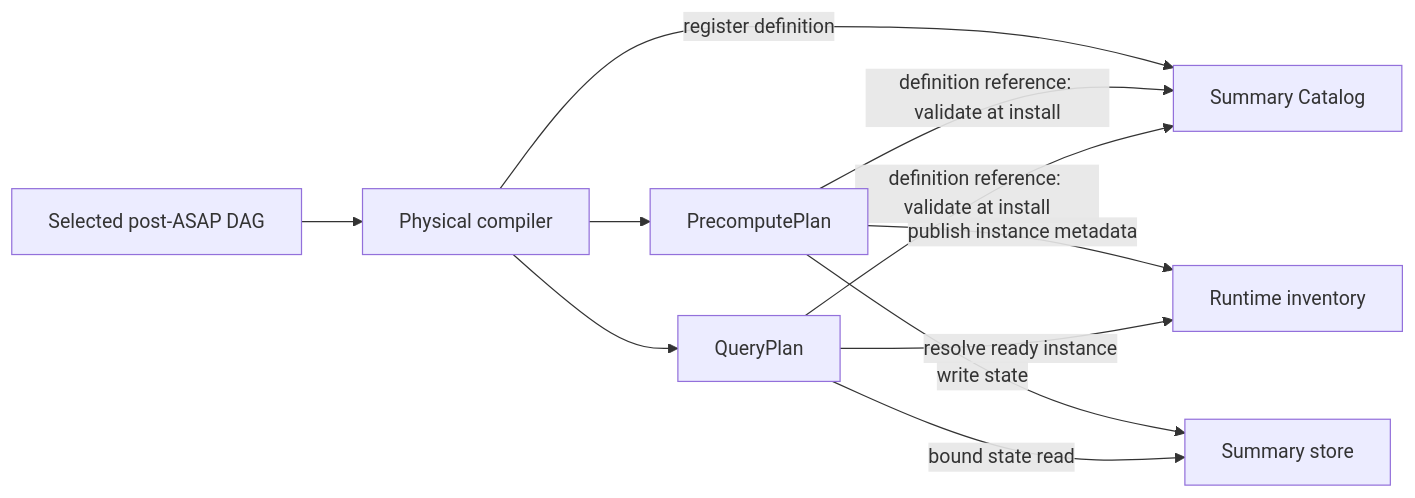
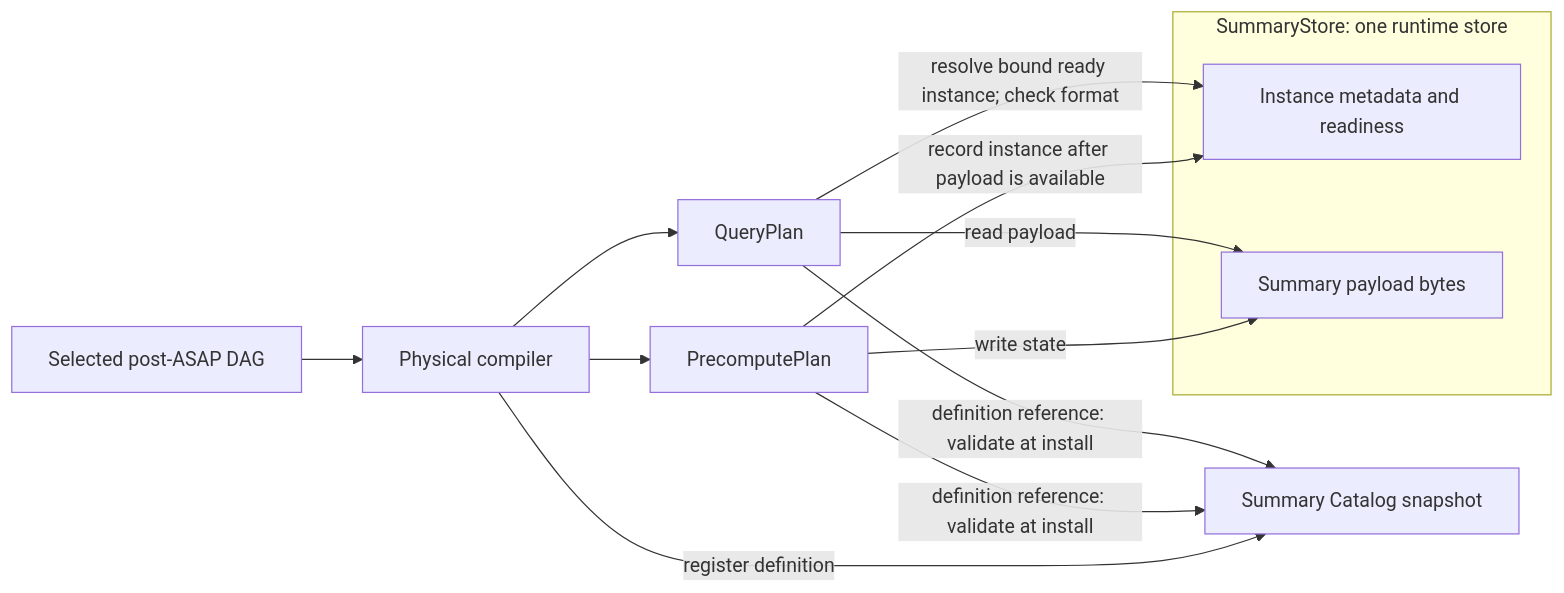
The diagram in docs/design_docs/asapplanner-integration.md (ProjectASAP/ASAPQuery-backend), drawn with Mermaid before and after one commit. The commit also changed other lines of this file and 2 other files, not shown here.

Commit message:
docs: model one runtime summary store for DAG bindings

````diff
--- a/docs/design_docs/asapplanner-integration.md
+++ b/docs/design_docs/asapplanner-integration.md
@@ -48,13 +48,17 @@
 ```mermaid
 flowchart LR
   D[Selected post-ASAP DAG] --> C[Physical compiler]
   C --> P[PrecomputePlan]
-  C -->|register definition| S[Summary Catalog]
+  C -->|register definition| S[Summary Catalog snapshot]
   C --> Q[QueryPlan]
   P -->|definition reference: validate at install| S
   Q -->|definition reference: validate at install| S
-  P -->|publish instance metadata| I[Runtime inventory]
-  P -->|write state| Store[Summary store]
-  Q -->|resolve ready instance| I
-  Q -->|bound state read| Store
+  subgraph Store[SummaryStore: one runtime store]
+    I[Instance metadata and readiness]
+    B[Summary payload bytes]
+  end
+  P -->|write state| B
+  P -->|record instance after payload is available| I
+  Q -->|resolve bound ready instance; check format| I
+  Q -->|read payload| B
 ```
````
